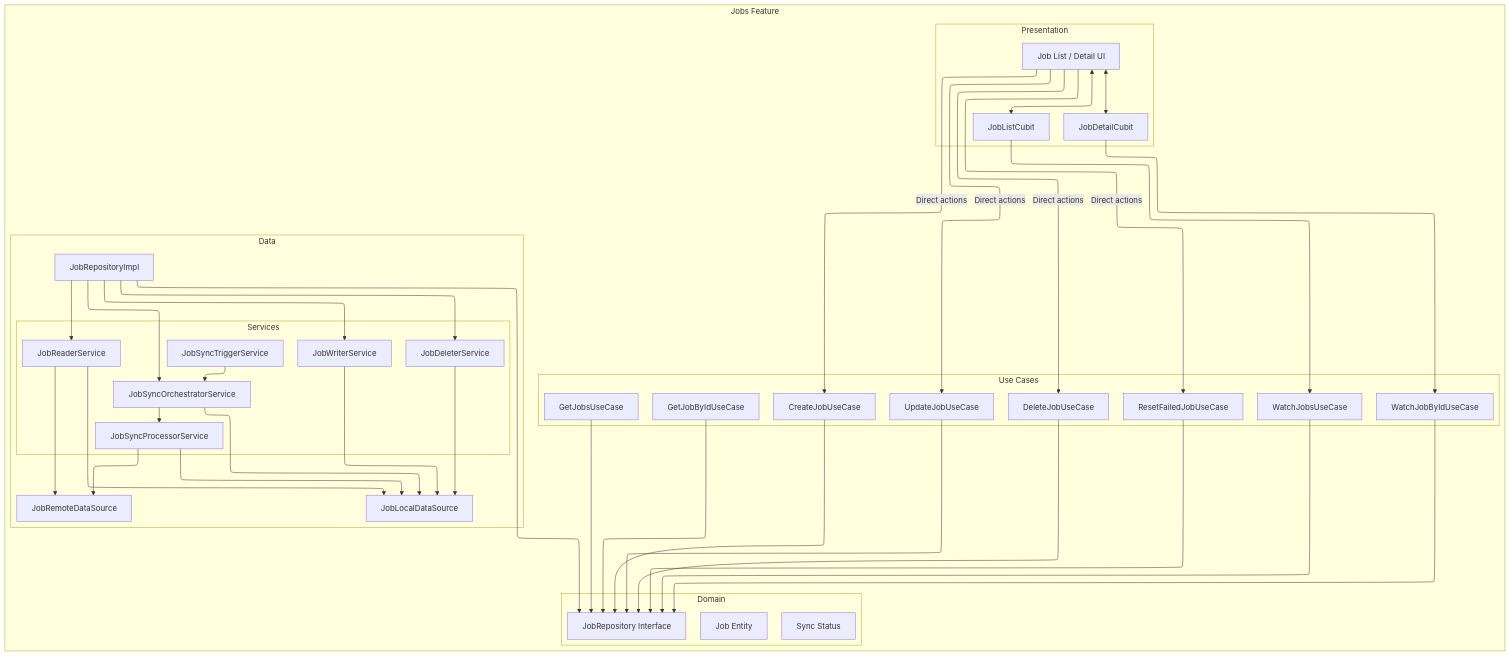
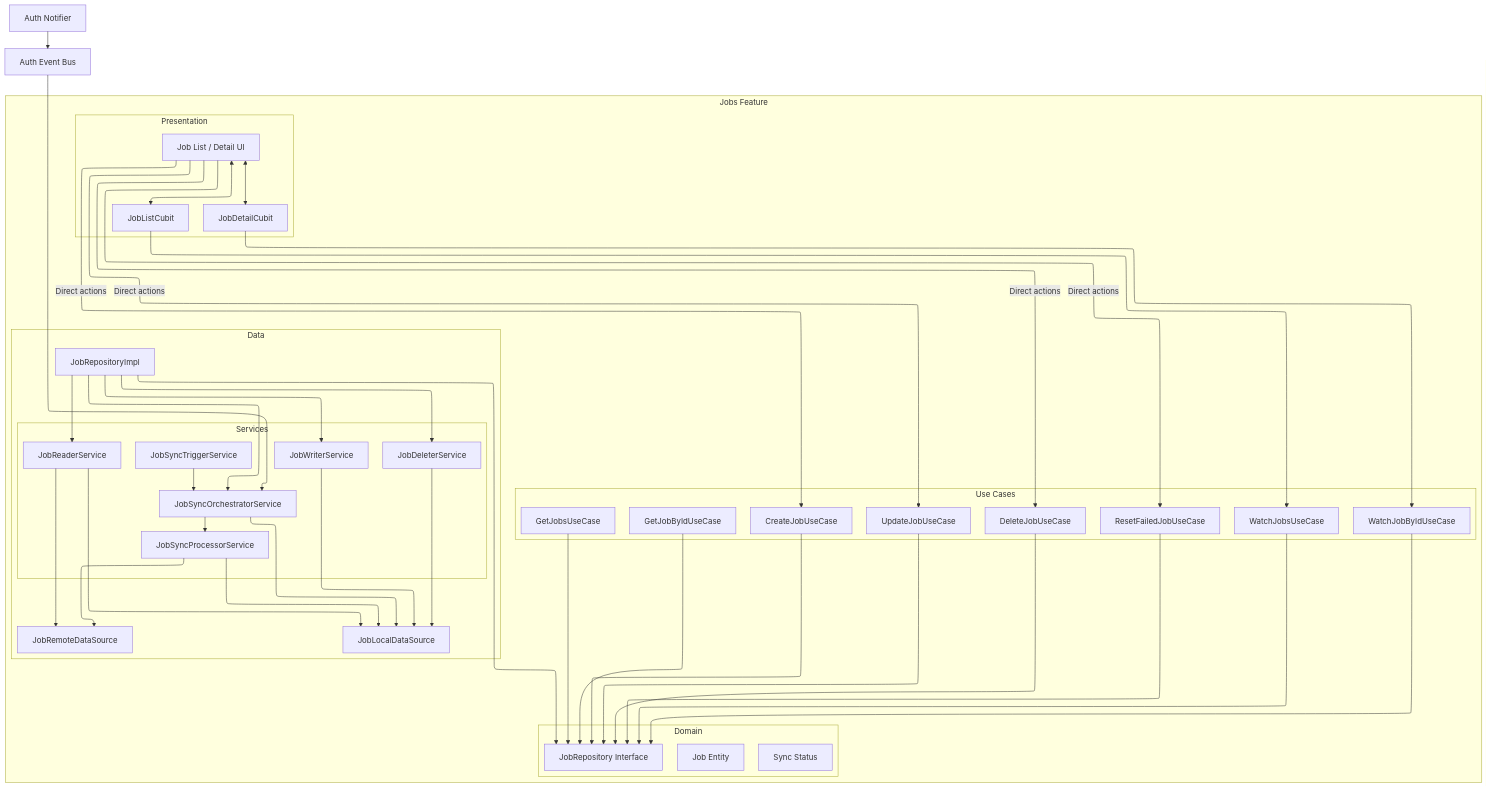
The second of 2 diagrams in docs/current/architecture-overview.md (MediScribe/docjet-mobile), drawn with Mermaid before and after one commit. The commit also changed other lines of this file and 6 other files, not shown here.

```diff
--- a/docs/current/architecture-overview.md
+++ b/docs/current/architecture-overview.md
@@ -195,6 +200,10 @@
         SyncProc --> RemoteDS
     end
 
+    %% Integration with Auth Events
+    AuthNotifier[Auth Notifier] --> AuthEventBus[Auth Event Bus]
+    AuthEventBus --> SyncOrch
+
     %% Class Definitions
     class JobsUI,JobListCubit,JobDetailCubit presentation;
     class GetJobs,GetJobById,CreateJob,UpdateJob,DeleteJob,ResetFailedJob,WatchJobs,WatchJobById usecases;
```
